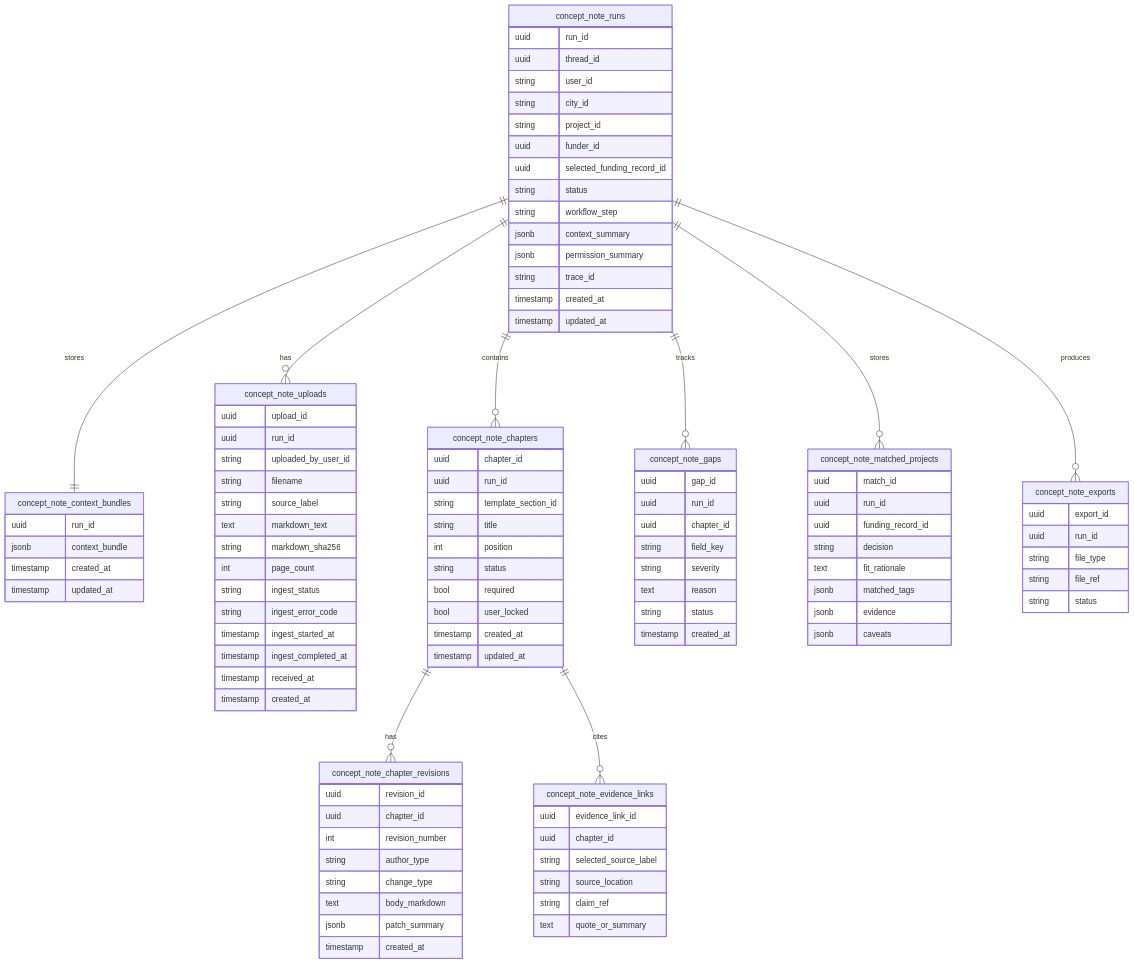
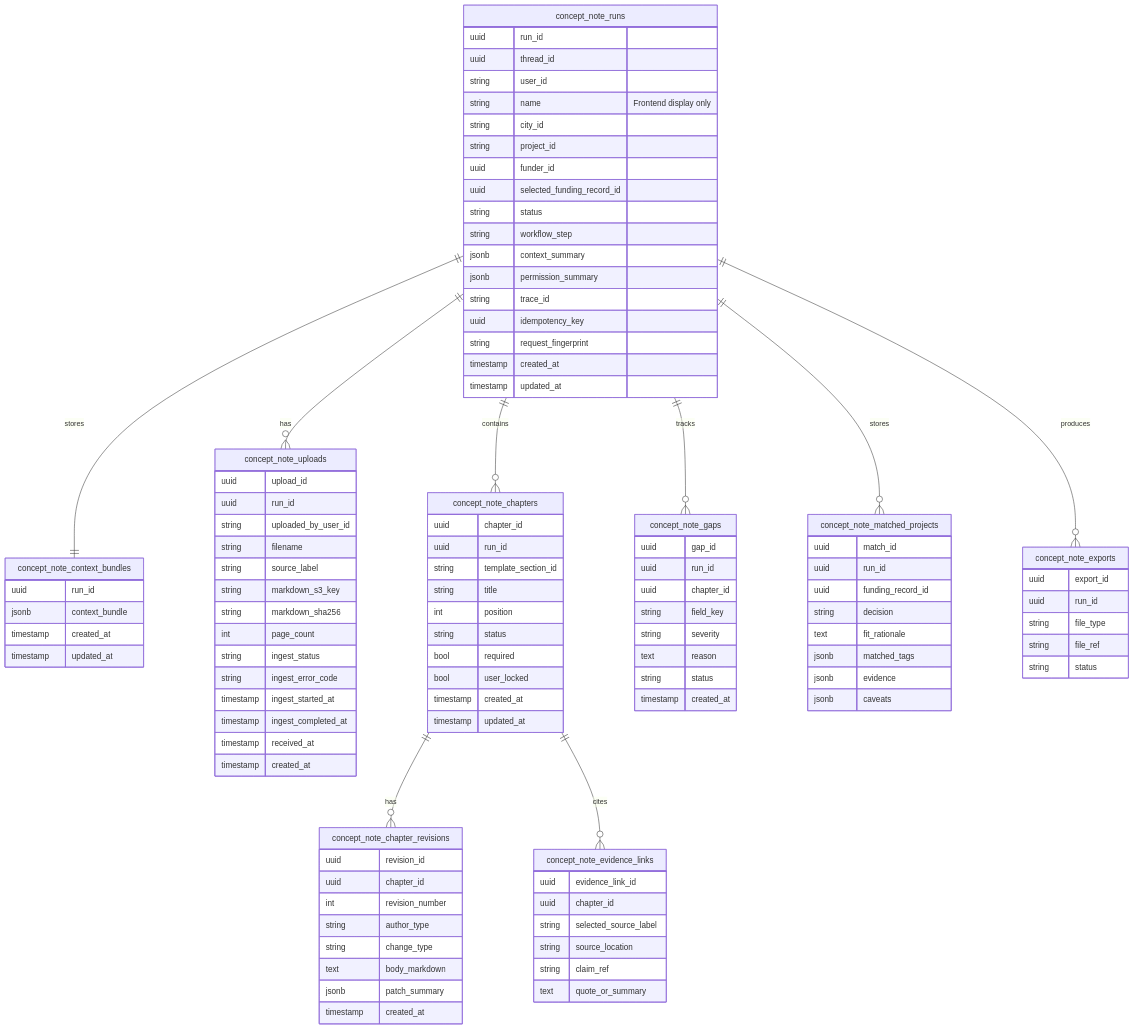
The sixth of 14 diagrams in docs/ConceptNoteBuilderArchitecture.md (Open-Earth-Foundation/CityCatalyst), drawn with Mermaid before and after one commit. The commit also changed other lines of this file and 16 other files, not shown here.

```diff
--- a/docs/ConceptNoteBuilderArchitecture.md
+++ b/docs/ConceptNoteBuilderArchitecture.md
@@ -782,6 +756,7 @@
         uuid run_id
         uuid thread_id
         string user_id
+        string name "Frontend display only"
         string city_id
         string project_id
         uuid funder_id
@@ -791,6 +766,8 @@
         jsonb context_summary
         jsonb permission_summary
         string trace_id
+        uuid idempotency_key
+        string request_fingerprint
         timestamp created_at
         timestamp updated_at
     }
@@ -801,7 +778,7 @@
         string uploaded_by_user_id
         string filename
         string source_label
-        text markdown_text
+        string markdown_s3_key
         string markdown_sha256
         int page_count
         string ingest_status
```
